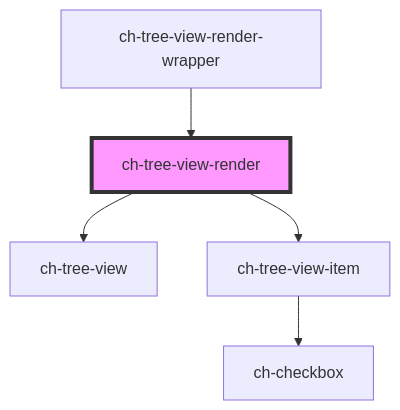
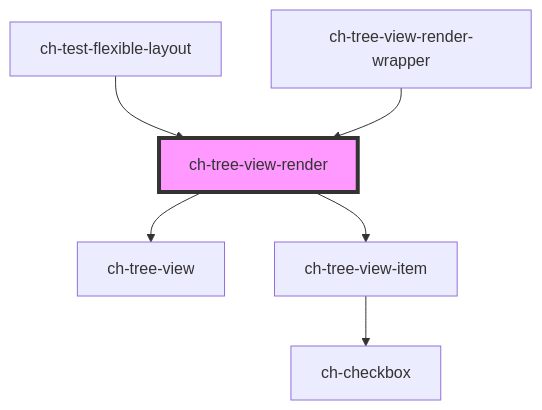
One commit to genexuslabs/chameleon-controls-library changed the diagram in src/components/renders/tree-view/readme.md. Above: the diagram before and after it, drawn with Mermaid. The commit also changed other lines of this file and 6 other files, not shown here.

````diff
--- a/src/components/renders/tree-view/readme.md
+++ b/src/components/renders/tree-view/readme.md
@@ -147,8 +148,9 @@
 ```mermaid
 graph TD;
   ch-tree-view-render --> ch-tree-view
   ch-tree-view-render --> ch-tree-view-item
   ch-tree-view-item --> ch-checkbox
+  ch-test-flexible-layout --> ch-tree-view-render
   ch-tree-view-render-wrapper --> ch-tree-view-render
   style ch-tree-view-render fill:#f9f,stroke:#333,stroke-width:4px
 ```
````
